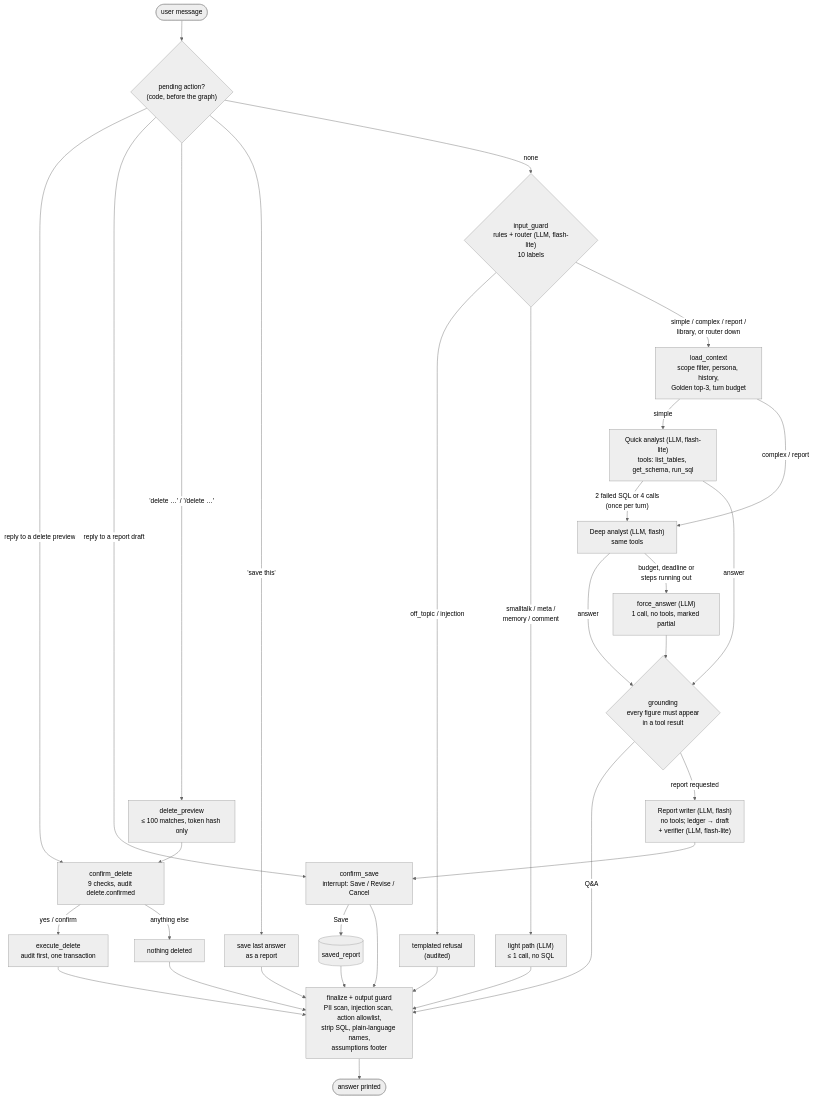
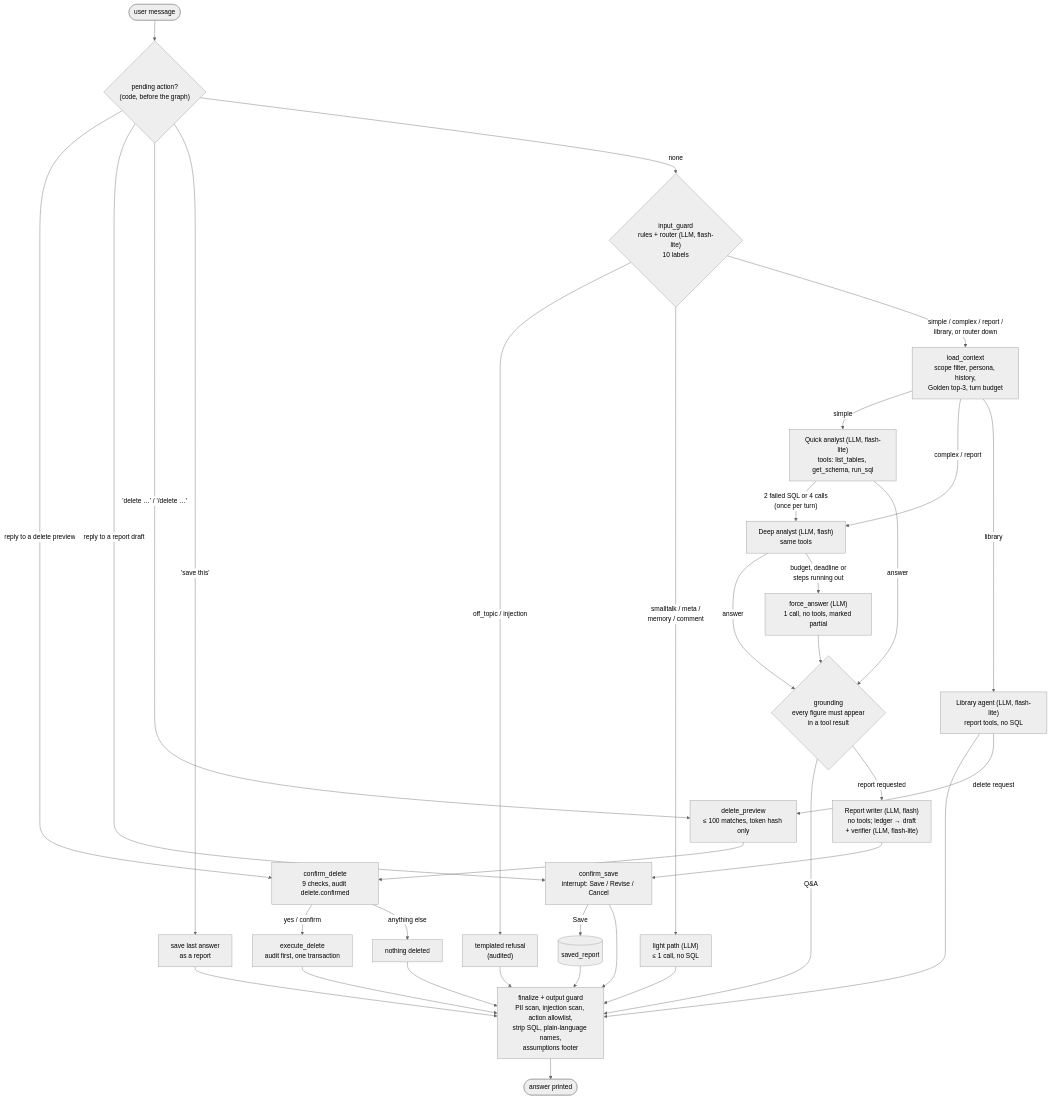
The second of 5 diagrams in README.md (Rinat-Arifullin/opsfleet-agent), drawn with Mermaid (neutral theme) before and after one commit. The commit also changed other lines of this file and 3 other files, not shown here.

````diff
--- a/README.md
+++ b/README.md
@@ -144,41 +144,44 @@
 ```mermaid
 flowchart TD
     s(["user message"]) --> pre{"pending action?<br/>(code, before the graph)"}
     pre -->|"reply to a delete preview"| cdel
     pre -->|"reply to a report draft"| csave
     pre -->|"'delete …' / '/delete …'"| dprev
     pre -->|"'save this'"| savelast["save last answer<br/>as a report"]
     pre -->|"none"| ig
 
     ig{"input_guard<br/>rules + router (LLM, flash-lite)<br/>10 labels"}
     ig -->|"off_topic / injection"| refuse["templated refusal<br/>(audited)"]
     ig -->|"smalltalk / meta /<br/>memory / comment"| light["light path (LLM)<br/>≤ 1 call, no SQL"]
     ig -->|"simple / complex / report /<br/>library, or router down"| ctx["load_context<br/>scope filter, persona, history,<br/>Golden top-3, turn budget"]
 
     ctx -->|"simple"| quick["Quick analyst (LLM, flash-lite)<br/>tools: list_tables, get_schema, run_sql"]
     ctx -->|"complex / report"| deep["Deep analyst (LLM, flash)<br/>same tools"]
+    ctx -->|"library"| lib["Library agent (LLM, flash-lite)<br/>report tools, no SQL"]
+    lib --> fin
+    lib -->|"delete request"| dprev
     quick -->|"2 failed SQL or 4 calls<br/>(once per turn)"| deep
     quick -->|"answer"| gr
     deep -->|"answer"| gr
     deep -->|"budget, deadline or<br/>steps running out"| force["force_answer (LLM)<br/>1 call, no tools, marked partial"]
     force --> gr
 
     gr{"grounding<br/>every figure must appear<br/>in a tool result"}
     gr -->|"Q&A"| fin
     gr -->|"report requested"| writer["Report writer (LLM, flash)<br/>no tools; ledger → draft<br/>+ verifier (LLM, flash-lite)"]
     writer --> csave["confirm_save<br/>interrupt: Save / Revise / Cancel"]
     csave -->|"Save"| store[("saved_report")]
     csave --> fin
 
     dprev["delete_preview<br/>≤ 100 matches, token hash only"] --> cdel["confirm_delete<br/>9 checks, audit delete.confirmed"]
     cdel -->|"yes / confirm"| exec["execute_delete<br/>audit first, one transaction"]
     cdel -->|"anything else"| nodel["nothing deleted"]
 
     light --> fin
     refuse --> fin
     savelast --> fin
     store --> fin
     exec --> fin
     nodel --> fin
     fin["finalize + output guard<br/>PII scan, injection scan, action allowlist,<br/>strip SQL, plain-language names,<br/>assumptions footer"] --> e(["answer printed"])
 ```
````
